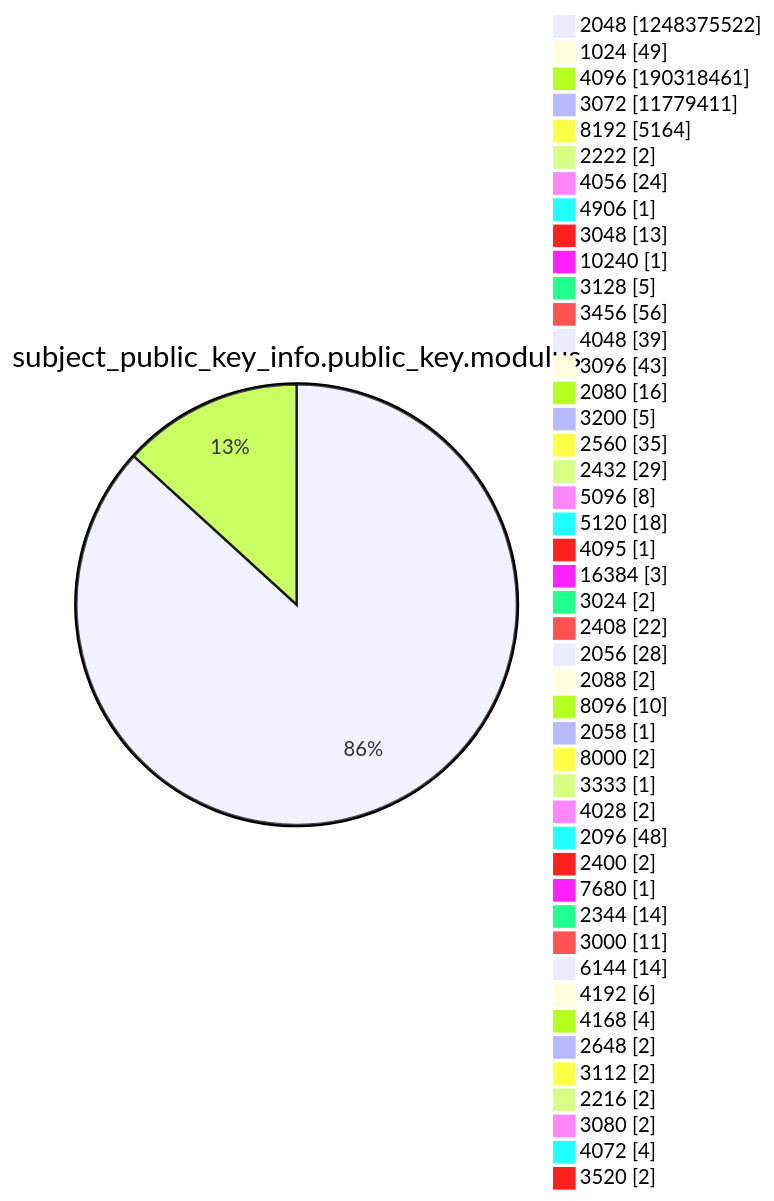
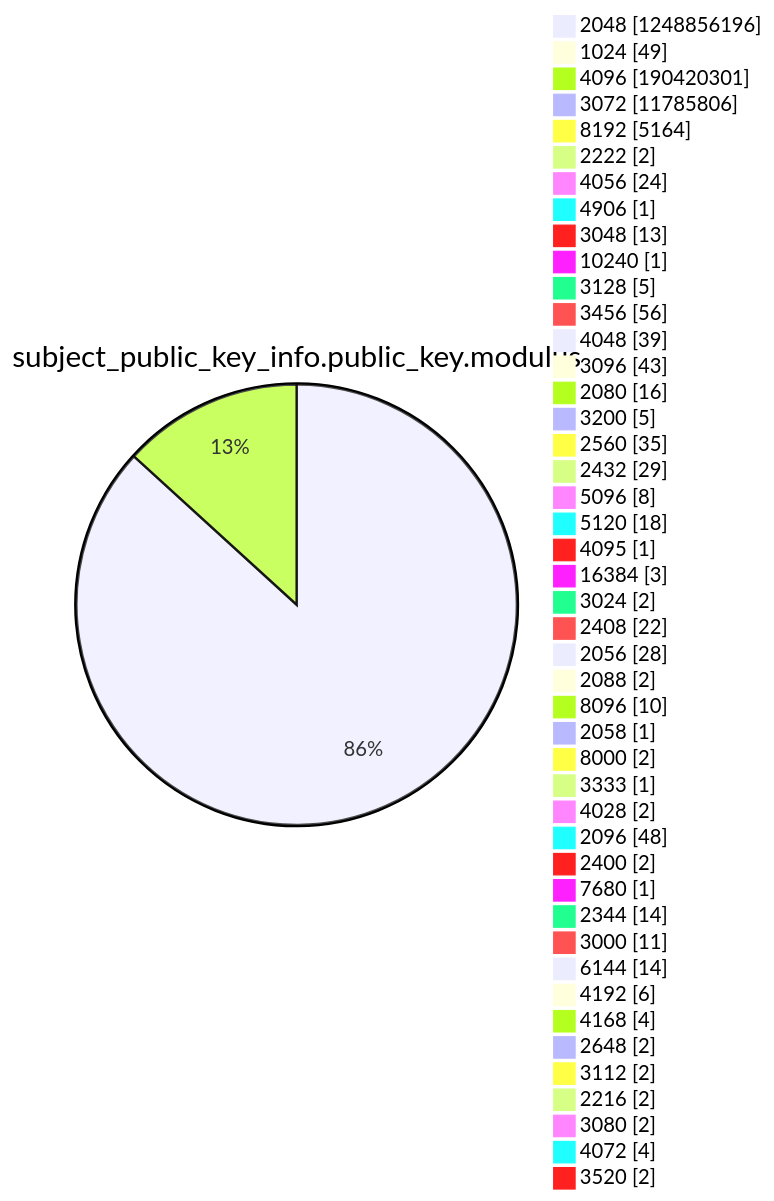
Before and after one commit to christiankrug/ctmonitor_visualization: diagram 13 of 15 in xenon2022/README.md, drawn with Mermaid. The commit also changed other lines of this file, not shown here.

````diff
--- a/xenon2022/README.md
+++ b/xenon2022/README.md
@@ -3919,49 +3919,49 @@
 ```mermaid
 pie showData
 title subject_public_key_info.public_key.modulus
-"2048" :1248375522
+"2048" :1248856196
 "1024" :49
-"4096" :190318461
-"3072" :11779411
+"4096" :190420301
+"3072" :11785806
 "8192" :5164
 "2222" :2
 "4056" :24
 "4906" :1
 "3048" :13
 "10240" :1
 "3128" :5
 "3456" :56
 "4048" :39
 "3096" :43
 "2080" :16
 "3200" :5
 "2560" :35
 "2432" :29
 "5096" :8
 "5120" :18
 "4095" :1
 "16384" :3
 "3024" :2
 "2408" :22
 "2056" :28
 "2088" :2
 "8096" :10
 "2058" :1
 "8000" :2
 "3333" :1
 "4028" :2
 "2096" :48
 "2400" :2
 "7680" :1
 "2344" :14
 "3000" :11
 "6144" :14
 "4192" :6
 "4168" :4
 "2648" :2
 "3112" :2
 "2216" :2
 "3080" :2
 "4072" :4
 "3520" :2
 ```
````
